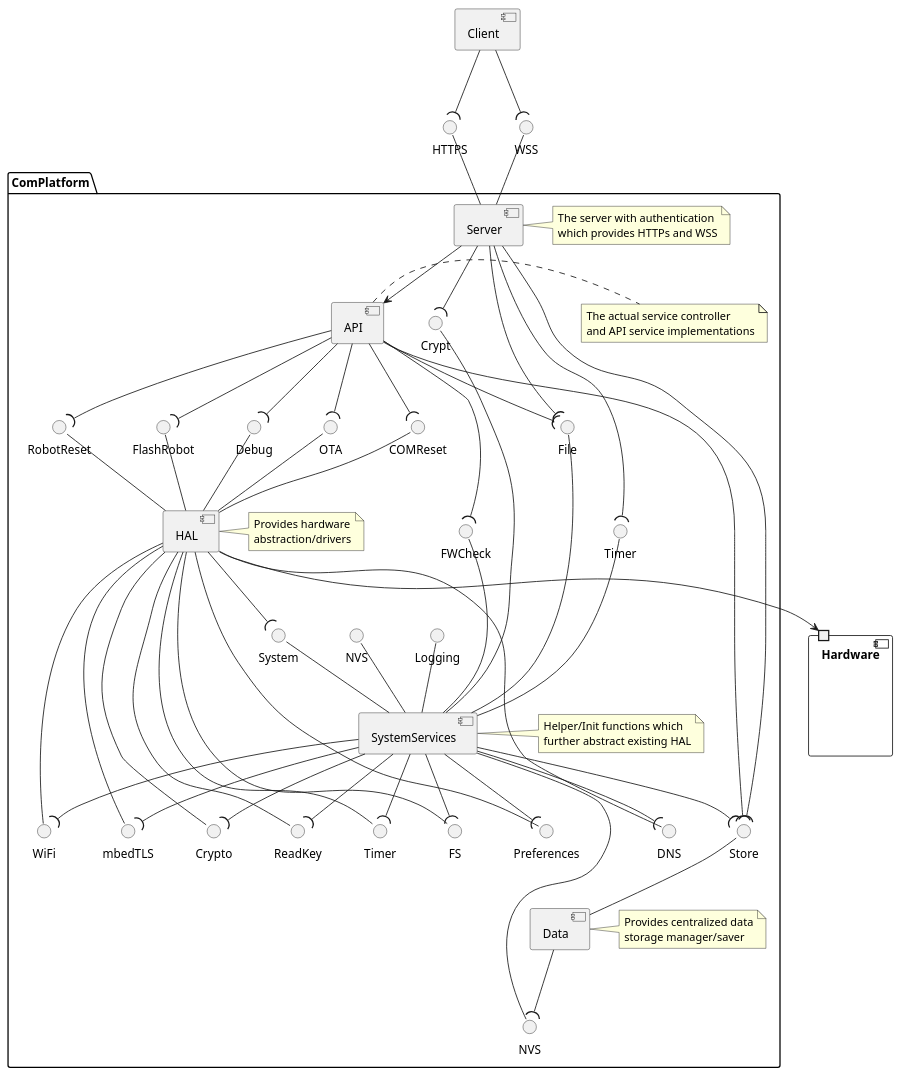
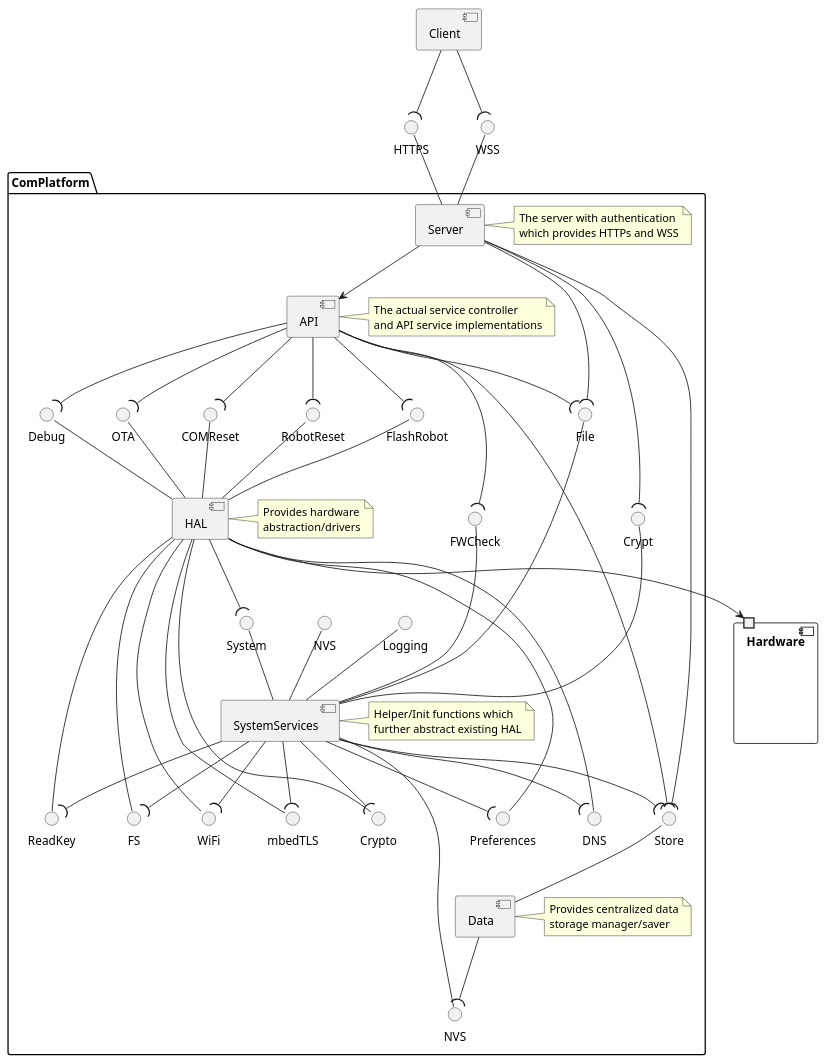
One commit to NewTec-GmbH/ZumoComSystem changed the diagram in doc/architecture/server/01_Server_Logical_ARCH.plantuml. Above: the diagram before and after it, drawn with PlantUML. The commit also changed 14 other files, not shown here.

Commit message:
refactor(server): Replace timer ISR with FreeRTOS task #63

```diff
--- a/doc/architecture/server/01_Server_Logical_ARCH.plantuml
+++ b/doc/architecture/server/01_Server_Logical_ARCH.plantuml
@@ -1,114 +1,108 @@
 @startuml
 interface "WSS" as WSS
 interface "HTTPS" as HTTPS
 
 component "Client" as client {
     client -down-(WSS
     client -down-(HTTPS
 }
 
 component "Hardware" as hardware {
     port " " as hardwareport
 }
 
 package ComPlatform {
     interface "Preferences" as preferences
     interface "Debug" as Debug
     interface "FlashRobot" as FlashRobot
     interface "RobotReset" as RobotReset
     interface "COMReset" as ComReset
     interface "ReadKey" as ReadKey
     interface "Crypto" as Crypto
     interface "mbedTLS" as mbedtls
     interface "WiFi" as WiFi
     interface "DNS" as DNS
     interface "FS" as FS
     interface "OTA" as ota
-    interface "Timer" as timer
 
     interface "System" as System
 
     interface "FWCheck" as FWCheck
     interface "File" as File
     interface "Crypt" as Crypt
     interface "NVS" as nvs
-    interface "Timer" as Timer
     interface "Store" as Store
     interface "Logging" as Logging
     interface "NVS" as NVSHAL
 
     component "HAL" as hal {
         hal -up- Debug
         hal -up- FlashRobot
         hal -up- RobotReset
         hal -up- ComReset
         hal -up- ReadKey
         hal -up- Crypto
         hal -up- mbedtls
         hal -up- WiFi
         hal -up- DNS
         hal -up- preferences
         hal -up- FS
         hal -up- ota
-        hal -up- timer
 
         hal -down-> hardwareport
         hal -down-( System
     }
     note right of hal : Provides hardware\nabstraction/drivers
 
     component "Data" as data {
         data -up- Store
 
         data -down-(NVSHAL
     }
     note right of data : Provides centralized data\nstorage manager/saver
 
     component "API" as api {
         api -down-(File
         api -down-(ota
         api -down-(Store
         api -down-(FWCheck
         api -down-(ComReset
         api -down-(Debug
         api -down-(RobotReset
         api -down-(FlashRobot
     }
     note right of api : The actual service controller\nand API service implementations
 
     component "Server" as server {
         server -up- WSS
         server -up- HTTPS
 
         server -down-(File
         server -down-(Store
         server -down-(Crypt
-        server -down-(Timer
 
         server --> api
     }
     note right of server : The server with authentication\nwhich provides HTTPs and WSS
 
     component "SystemServices" as systemservices {
         systemservices -up- FWCheck
         systemservices -up- File
         systemservices -up- Crypt
         systemservices -up- nvs
-        systemservices -up- Timer
         systemservices -up- System
         systemservices -up- Logging
         systemservices -up- NVSHAL
 
         systemservices -down-(ReadKey
         systemservices -down-(Crypto
         systemservices -down-(mbedtls
         systemservices -down-(FS
         systemservices -down-(WiFi
         systemservices -down-(DNS
         systemservices -down-(preferences
         systemservices -down-(Store
-        systemservices -down-(timer
     }
     note right of systemservices : Helper/Init functions which\nfurther abstract existing HAL
 }
 @enduml
```
